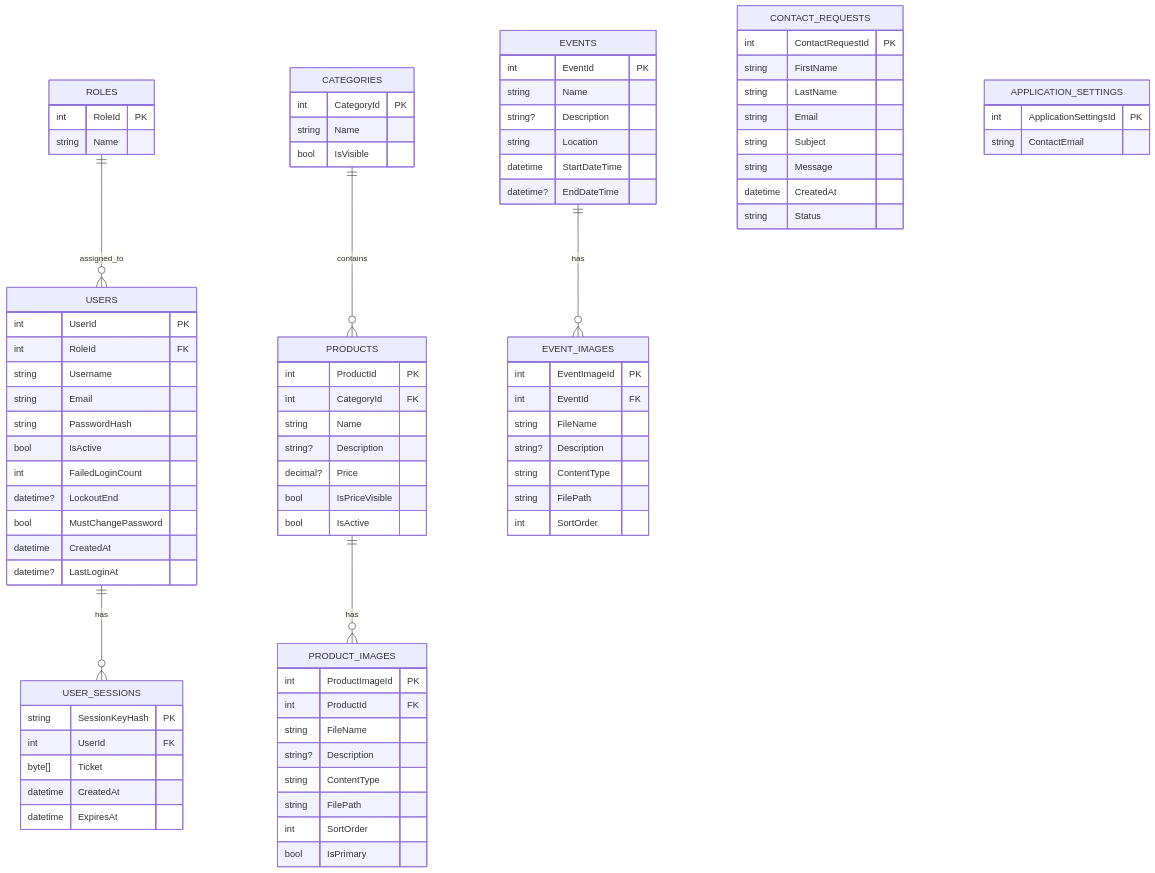
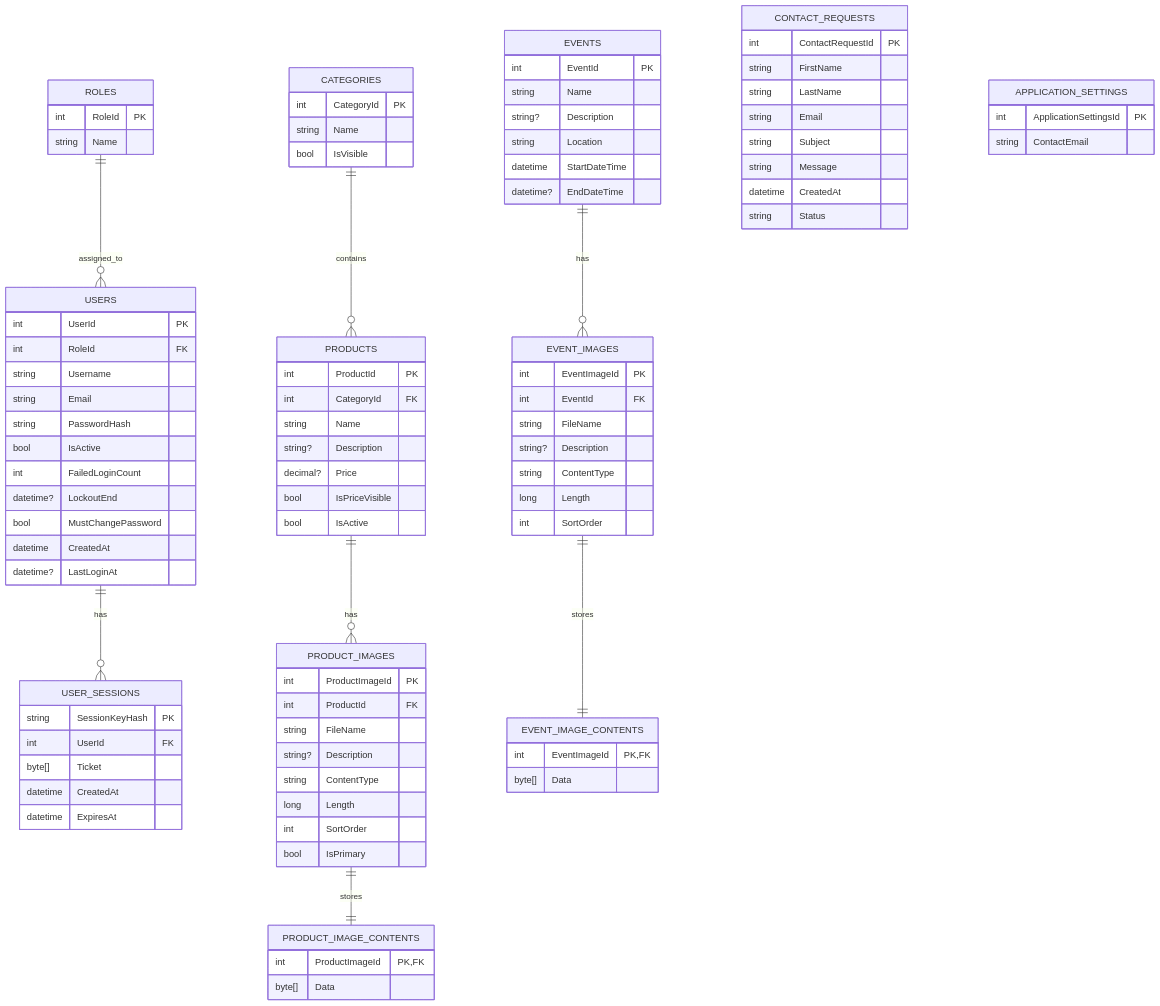
The diagram in documentation/UMLEntityRelationshipDiagramm.mmd (SchuelerfirmaBBS1/Webseite_Schuelerfirma_04), drawn with Mermaid before and after one commit. The commit also changed 3 other files, not shown here.

```diff
--- a/documentation/UMLEntityRelationshipDiagramm.mmd
+++ b/documentation/UMLEntityRelationshipDiagramm.mmd
@@ -1,97 +1,109 @@
 erDiagram
 
     USERS {
         int UserId PK
         int RoleId FK
         string Username
         string Email
         string PasswordHash
         bool IsActive
         int FailedLoginCount
         datetime? LockoutEnd
         bool MustChangePassword
         datetime CreatedAt
         datetime? LastLoginAt
     }
 
     ROLES {
         int RoleId PK
         string Name
     }
 
     USER_SESSIONS {
         string SessionKeyHash PK
         int UserId FK
         byte[] Ticket
         datetime CreatedAt
         datetime ExpiresAt
     }
 
     CATEGORIES {
         int CategoryId PK
         string Name
         bool IsVisible
     }
 
     PRODUCTS {
         int ProductId PK
         int CategoryId FK
         string Name
         string? Description
         decimal? Price
         bool IsPriceVisible
         bool IsActive
     }
 
     PRODUCT_IMAGES {
         int ProductImageId PK
         int ProductId FK
         string FileName
         string? Description
         string ContentType
-        string FilePath
+        long Length
         int SortOrder
         bool IsPrimary
+    }
+
+    PRODUCT_IMAGE_CONTENTS {
+        int ProductImageId PK, FK
+        byte[] Data
     }
 
     EVENTS {
         int EventId PK
         string Name
         string? Description
         string Location
         datetime StartDateTime
         datetime? EndDateTime
     }
 
     EVENT_IMAGES {
         int EventImageId PK
         int EventId FK
         string FileName
         string? Description
         string ContentType
-        string FilePath
+        long Length
         int SortOrder
+    }
+
+    EVENT_IMAGE_CONTENTS {
+        int EventImageId PK, FK
+        byte[] Data
     }
 
     CONTACT_REQUESTS {
         int ContactRequestId PK
         string FirstName
         string LastName
         string Email
         string Subject
         string Message
         datetime CreatedAt
         string Status
     }
 
     APPLICATION_SETTINGS {
         int ApplicationSettingsId PK
         string ContactEmail
     }
 
     CATEGORIES ||--o{ PRODUCTS : contains
     PRODUCTS ||--o{ PRODUCT_IMAGES : has
+    PRODUCT_IMAGES ||--|| PRODUCT_IMAGE_CONTENTS : stores
     EVENTS ||--o{ EVENT_IMAGES : has
+    EVENT_IMAGES ||--|| EVENT_IMAGE_CONTENTS : stores
 
     ROLES ||--o{ USERS : assigned_to
     USERS ||--o{ USER_SESSIONS : has
```
